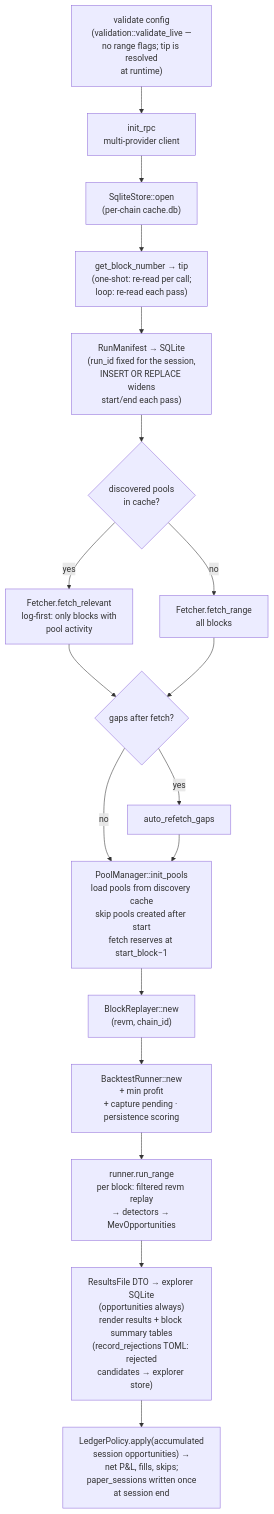
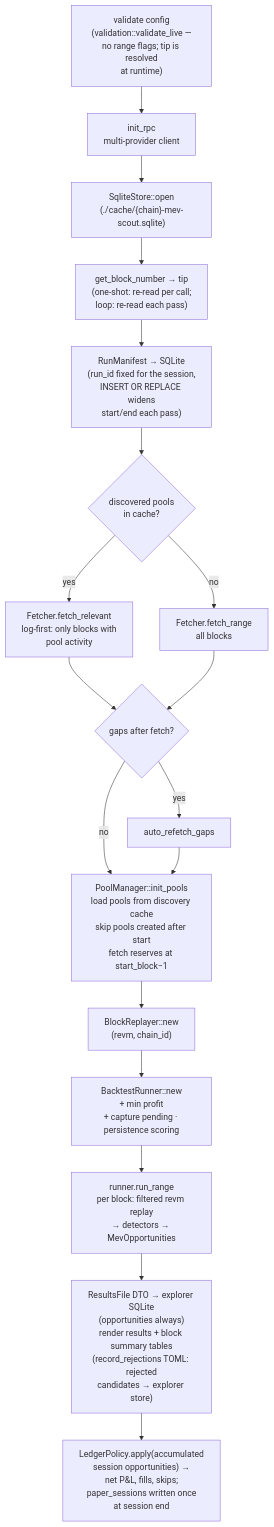
Before and after one commit to moha-moradi/mev-scout: the fifth of 9 diagrams in docs/CLI.md, drawn with Mermaid. The commit also changed other lines of this file and 2 other files, not shown here.

First line of the commit message:
docs: update architecture and CLI docs for explorer dashboard and bootstrap flow

````diff
--- a/docs/CLI.md
+++ b/docs/CLI.md
@@ -305,20 +314,20 @@
 ```mermaid
 flowchart TB
     A["validate config<br/>(validation::validate_live —<br/>no range flags; tip is resolved<br/>at runtime)"] --> B["init_rpc<br/>multi-provider client"]
-    B --> C["SqliteStore::open<br/>(per-chain cache.db)"]
+    B --> C["SqliteStore::open<br/>(./cache/{chain}-mev-scout.sqlite)"]
     C --> D["get_block_number → tip<br/>(one-shot: re-read per call;<br/>loop: re-read each pass)"]
     D --> E["RunManifest → SQLite<br/>(run_id fixed for the session,<br/>INSERT OR REPLACE widens<br/>start/end each pass)"]
     E --> F{"discovered pools<br/>in cache?"}
     F -- "yes" --> G["Fetcher.fetch_relevant<br/>log-first: only blocks with<br/>pool activity"]
     F -- "no" --> H["Fetcher.fetch_range<br/>all blocks"]
     G --> I{"gaps after fetch?"}
     H --> I
     I -- yes --> J["auto_refetch_gaps"]
     I -- no --> K
     J --> K["PoolManager::init_pools<br/>load pools from discovery cache<br/>skip pools created after start<br/>fetch reserves at start_block−1"]
     K --> L["BlockReplayer::new<br/>(revm, chain_id)"]
     L --> M["BacktestRunner::new<br/>+ min profit<br/>+ capture pending · persistence scoring"]
     M --> P["runner.run_range<br/>per block: filtered revm replay<br/>→ detectors → MevOpportunities"]
     P --> Q["ResultsFile DTO → explorer SQLite<br/>(opportunities always)<br/>render results + block summary tables<br/>(record_rejections TOML: rejected<br/>candidates → explorer store)"]
     Q --> R["LedgerPolicy.apply(accumulated<br/>session opportunities) →<br/>net P&L, fills, skips;<br/>paper_sessions written once<br/>at session end"]
 ```
````
